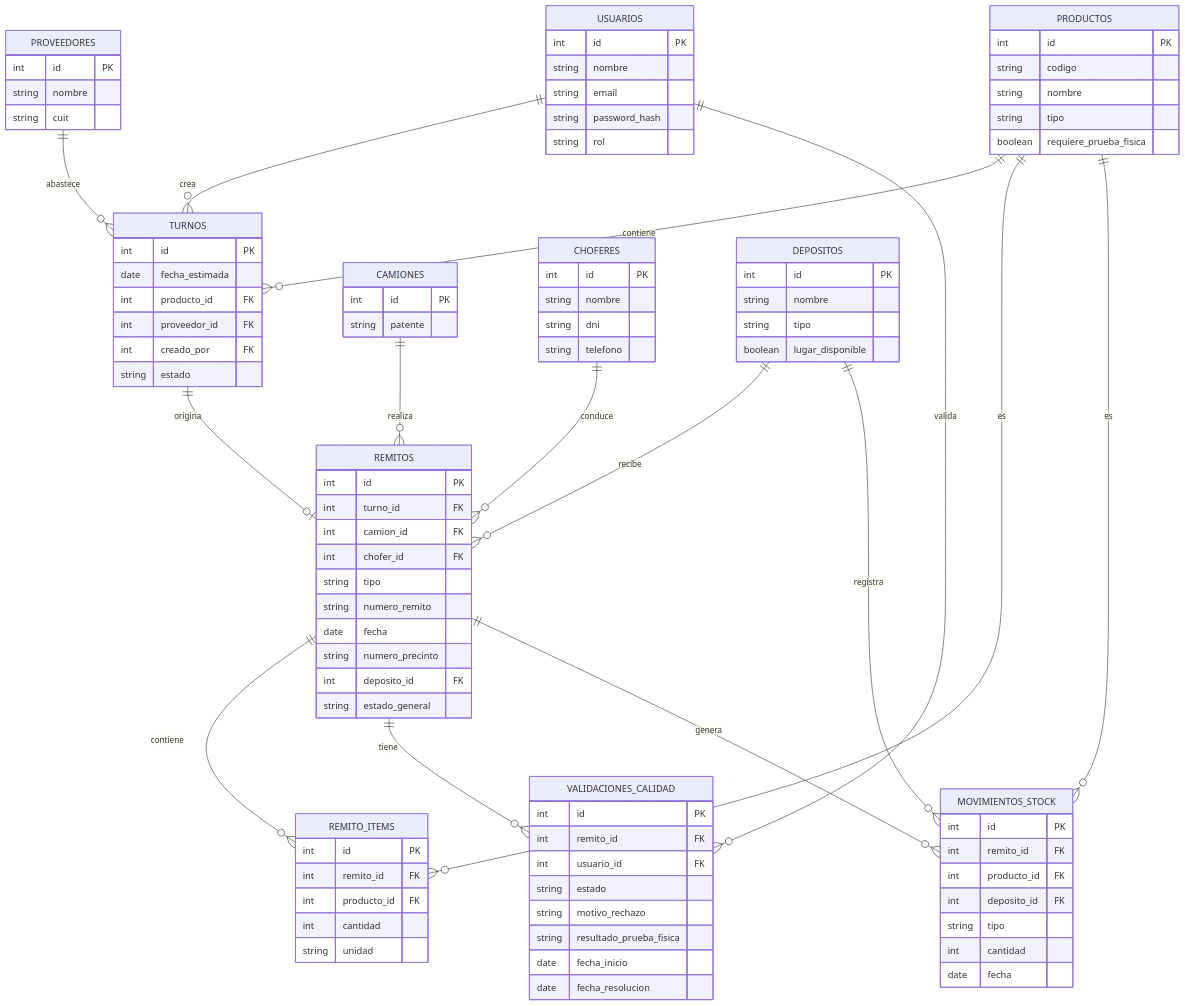
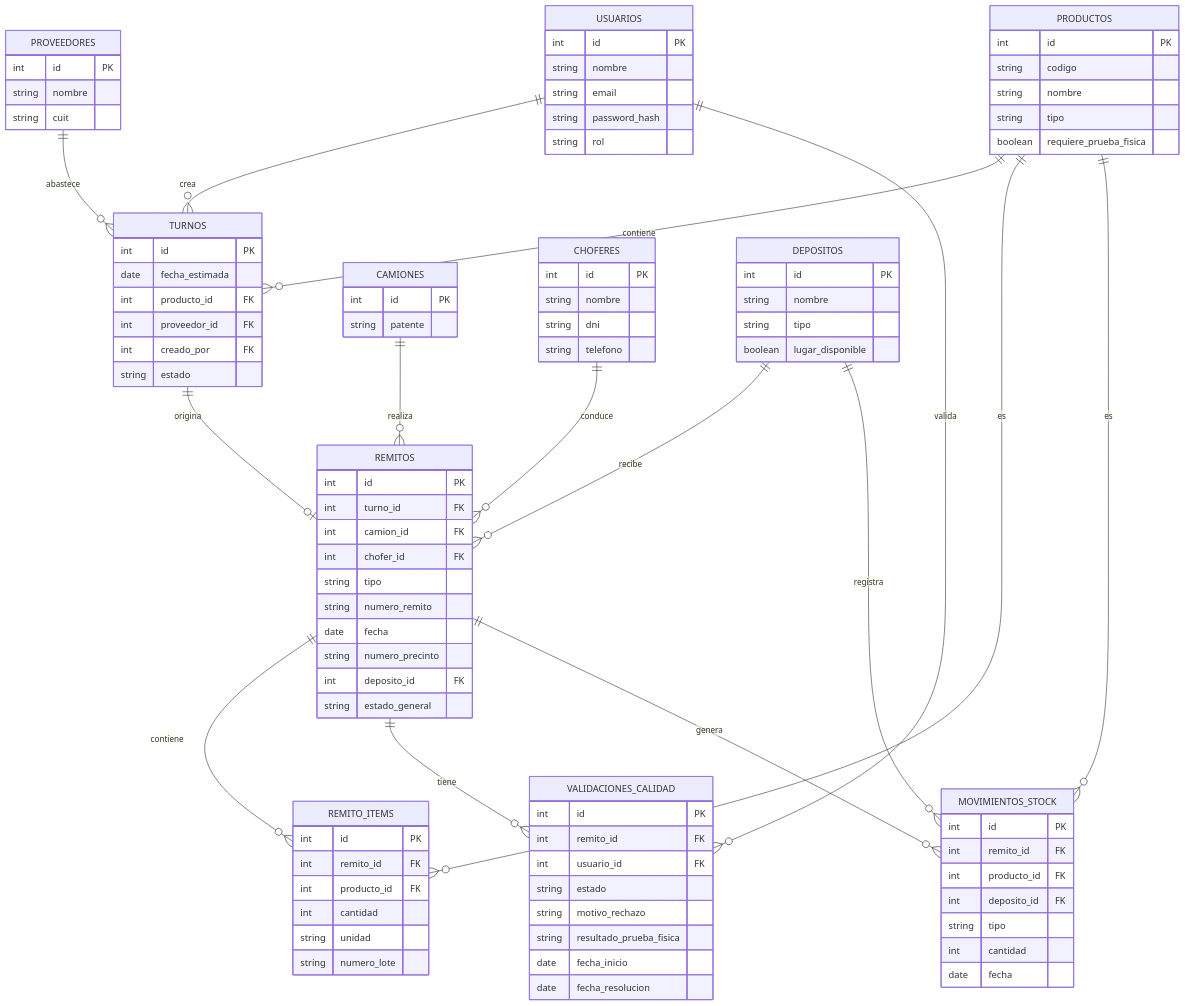
One commit to davidlopexxx/Proyecto-gesti-n-turnos-camiones changed the diagram in database/schema.md. Above: the diagram before and after it, drawn with Mermaid.

```diff
--- a/database/schema.md
+++ b/database/schema.md
@@ -72,13 +72,14 @@
         int deposito_id FK
         string estado_general
     }
-    REMITO_ITEMS {
-        int id PK
-        int remito_id FK
-        int producto_id FK
-        int cantidad
-        string unidad
-    }
+   REMITO_ITEMS {
+    int id PK
+    int remito_id FK
+    int producto_id FK
+    int cantidad
+    string unidad
+    string numero_lote
+}
     VALIDACIONES_CALIDAD {
         int id PK
         int remito_id FK
```
